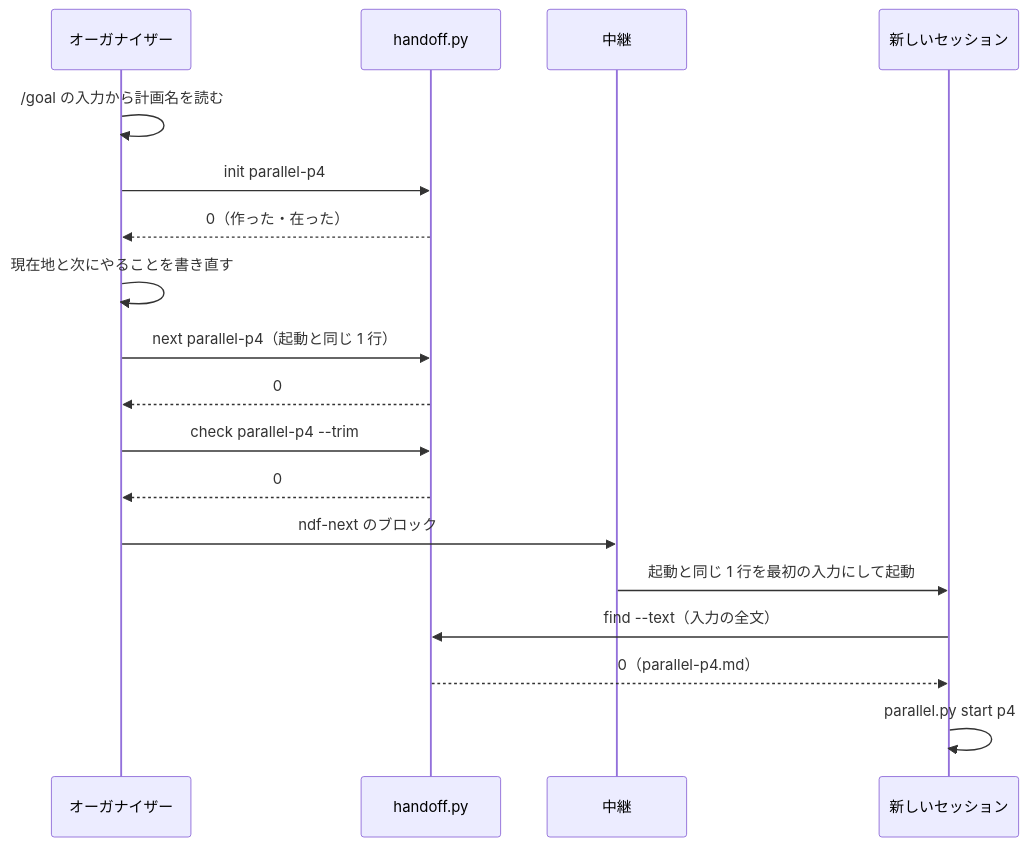
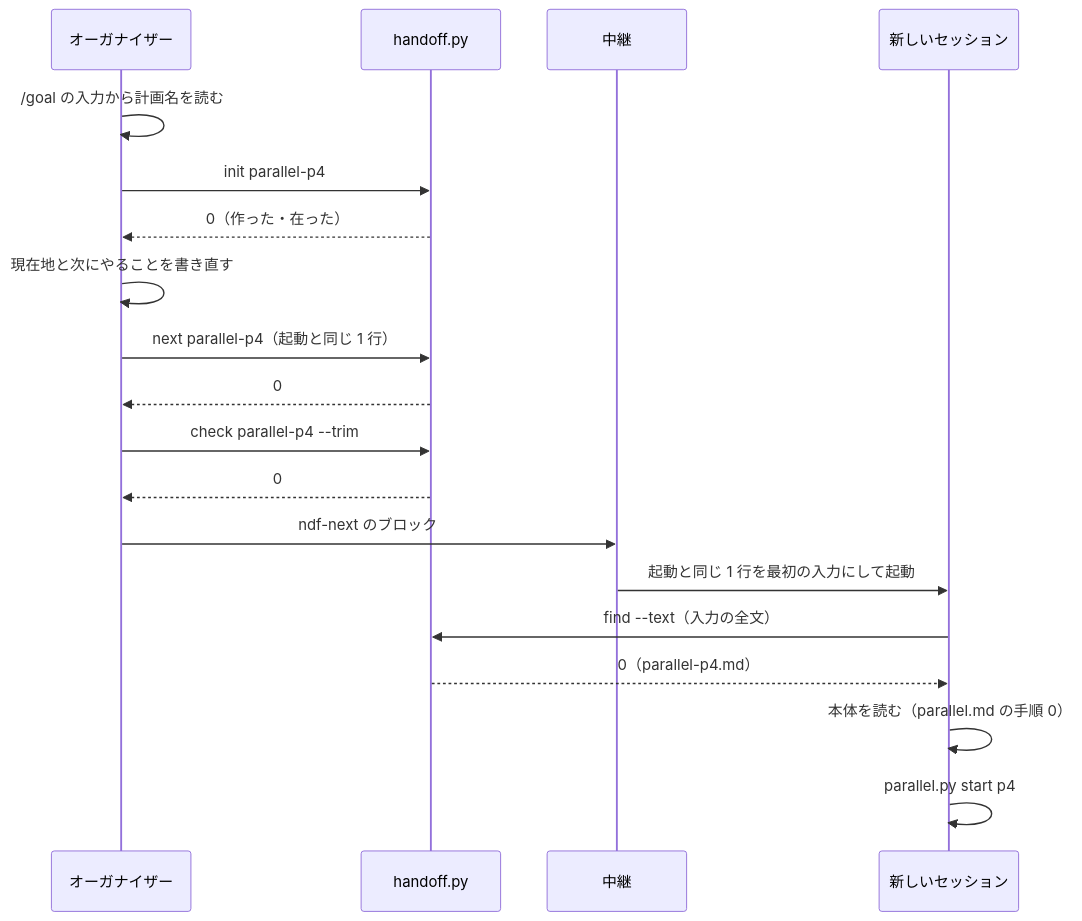
Before and after one commit to devbasex/ai-plugins: the second of 2 diagrams in issues/issue-2778-design.md, drawn with Mermaid. The commit also changed other lines of this file, not shown here.

````diff
--- a/issues/issue-2778-design.md
+++ b/issues/issue-2778-design.md
@@ -175,20 +179,21 @@
 ```mermaid
 sequenceDiagram
     participant O as オーガナイザー
     participant H as handoff.py
     participant R as 中継
     participant N as 新しいセッション
     O->>O: /goal の入力から計画名を読む
     O->>H: init parallel-p4
     H-->>O: 0（作った・在った）
     O->>O: 現在地と次にやることを書き直す
     O->>H: next parallel-p4（起動と同じ 1 行）
     H-->>O: 0
     O->>H: check parallel-p4 --trim
     H-->>O: 0
     O->>R: ndf-next のブロック
     R->>N: 起動と同じ 1 行を最初の入力にして起動
     N->>H: find --text（入力の全文）
     H-->>N: 0（parallel-p4.md）
+    N->>N: 本体を読む（parallel.md の手順 0）
     N->>N: parallel.py start p4
 ```
````
